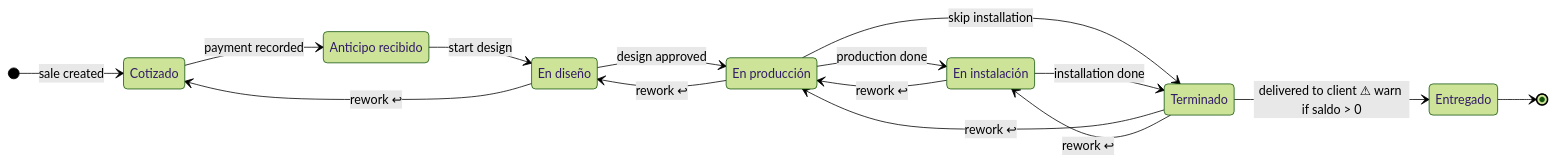
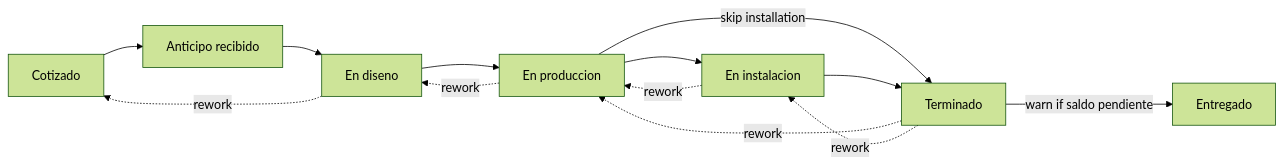
Before and after one commit to pedro412/prosesa-os: the second of 5 diagrams in docs/architecture.md, drawn with Mermaid (forest theme). The commit also changed other lines of this file, not shown here.

Commit message:
fix architecture diagram

````diff
--- a/docs/architecture.md
+++ b/docs/architecture.md
@@ -49,28 +49,24 @@
 ```mermaid
-stateDiagram-v2
-    direction LR
+flowchart LR
+    s1[Cotizado]
+    s2[Anticipo recibido]
+    s3[En diseno]
+    s4[En produccion]
+    s5[En instalacion]
+    s6[Terminado]
+    s7[Entregado]
 
-    state "Cotizado" as s1
-    state "Anticipo recibido" as s2
-    state "En diseño" as s3
-    state "En producción" as s4
-    state "En instalación" as s5
-    state "Terminado" as s6
-    state "Entregado" as s7
+    s1 --> s2
+    s2 --> s3
+    s3 --> s4
+    s4 --> s5
+    s4 -->|skip installation| s6
+    s5 --> s6
+    s6 -->|warn if saldo pendiente| s7
 
-    [*] --> s1 : sale created
-    s1 --> s2 : payment recorded
-    s2 --> s3 : start design
-    s3 --> s4 : design approved
-    s4 --> s5 : production done
-    s4 --> s6 : skip installation
-    s5 --> s6 : installation done
-    s6 --> s7 : delivered to client ⚠ warn if saldo > 0
-    s7 --> [*]
-
-    s3 --> s1 : rework ↩
-    s4 --> s3 : rework ↩
-    s5 --> s4 : rework ↩
-    s6 --> s4 : rework ↩
-    s6 --> s5 : rework ↩
+    s3 -.->|rework| s1
+    s4 -.->|rework| s3
+    s5 -.->|rework| s4
+    s6 -.->|rework| s4
+    s6 -.->|rework| s5
 ```
````
